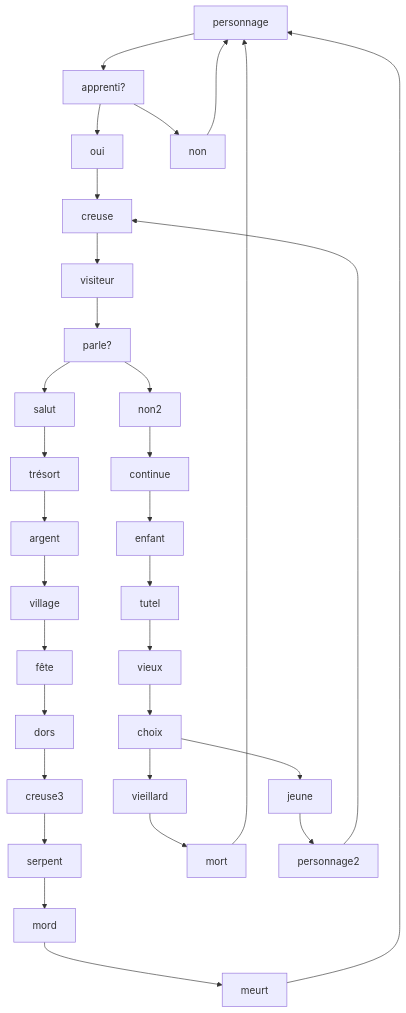
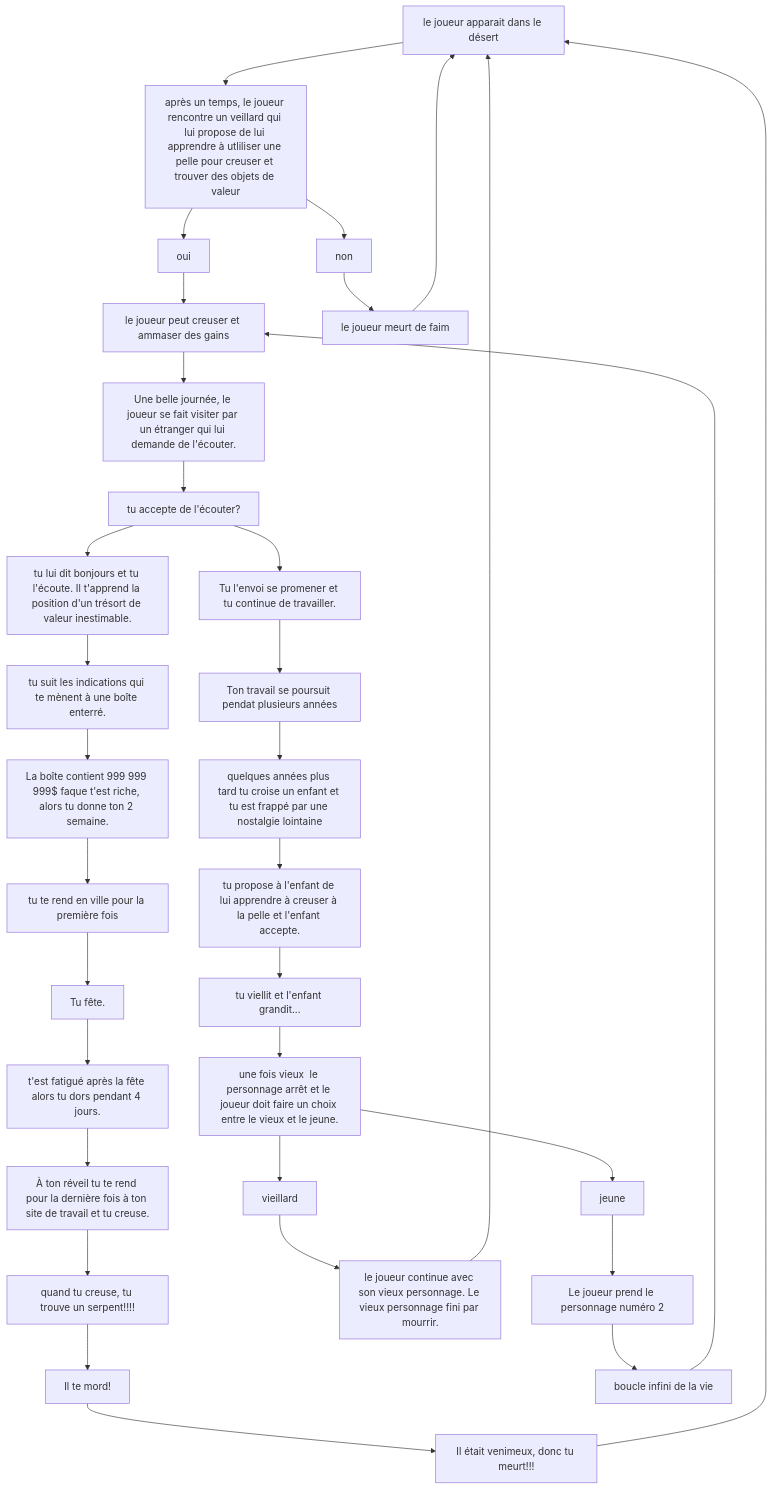
Before and after one commit to KevenMalric/E2: the diagram in README.md, drawn with Mermaid.

Commit message:
Update README.md
FINALEMENT plus qu'un mot dans mermaid!!!!!!!!!!!!!!

````diff
--- a/README.md
+++ b/README.md
@@ -18,35 +18,36 @@
 ```mermaid
 graph TD;
-    personnage-->apprenti?;
-    apprenti?-->oui;
-    apprenti?-->non;
-    oui-->creuse;
-    non-->personnage;
-    creuse-->visiteur;
-    visiteur-->parle?;
-    parle?-->salut;
-    parle?-->non2;
-    salut-->trésort;
-    trésort-->argent;
-    argent-->village;
-    village-->fête;
-    fête-->dors;
-    dors-->creuse3;
-    creuse3-->serpent;
-    serpent-->mord;
-    mord-->meurt;
+    personnage[le joueur apparait dans le désert]-->apprenti?;
+    apprenti?[après un temps, le joueur rencontre un veillard qui lui propose de lui apprendre à utliliser une pelle pour creuser et trouver des objets de valeur]-->oui;
+    apprenti?[après un temps, le joueur rencontre un veillard qui lui propose de lui apprendre à utliliser une pelle pour creuser et trouver des objets de valeur]-->non;
+    oui-->creuse[le joueur peut creuser et ammaser des gains];
+    non-->décès[le joueur meurt de faim];
+    décès-->personnage
+    creuse-->visiteur[Une belle journée, le joueur se fait visiter par un étranger qui lui demande de l'écouter.];
+    visiteur-->parle?[tu accepte de l'écouter?];
+    parle?-->salut[tu lui dit bonjours et tu l'écoute. Il t'apprend la position d'un trésort de valeur inestimable.];
+    parle?-->non2[Tu l'envoi se promener et tu continue de travailler.];
+    salut-->trésort[tu suit les indications qui te mènent à une boîte enterré.];
+    trésort-->argent[La boîte contient 999 999 999$ faque t'est riche, alors tu donne ton 2 semaine.];
+    argent-->village[tu te rend en ville pour la première fois];
+    village-->fête[Tu fête.];
+    fête-->dors[t'est fatigué après la fête alors tu dors pendant 4 jours.];
+    dors-->creuse3[À ton réveil tu te rend pour la dernière fois à ton site de travail et tu creuse.];
+    creuse3-->serpent[quand tu creuse, tu trouve un serpent!!!!];
+    serpent-->mord[Il te mord!];
+    mord-->meurt[Il était venimeux, donc tu meurt!!!];
     meurt-->personnage;
-    non2-->continue;
-    continue-->enfant;
-    enfant-->tutel;
-    tutel-->vieux;
-    vieux-->choix
+    non2-->continue[Ton travail se poursuit pendat plusieurs années];
+    continue-->enfant[quelques années plus tard tu croise un enfant et tu est frappé par une nostalgie lointaine];
+    enfant-->tutel[tu propose à l'enfant de lui apprendre à creuser à la pelle et l'enfant accepte.];
+    tutel-->vieux[tu viellit et l'enfant grandit...];
+    vieux-->choix[une fois vieux  le personnage arrêt et le joueur doit faire un choix entre le vieux et le jeune.]
     choix-->vieillard;
     choix-->jeune;
-    vieillard-->mort;
+    vieillard-->mort[le joueur continue avec son vieux personnage. Le vieux personnage fini par mourrir.];
     mort-->personnage;
-    jeune-->personnage2;
-    personnage2-->creuse;
+    jeune-->personnage2[Le joueur prend le personnage numéro 2];
+    personnage2-->loop[boucle infini de la vie]-->creuse;
     
 
 ```
````
